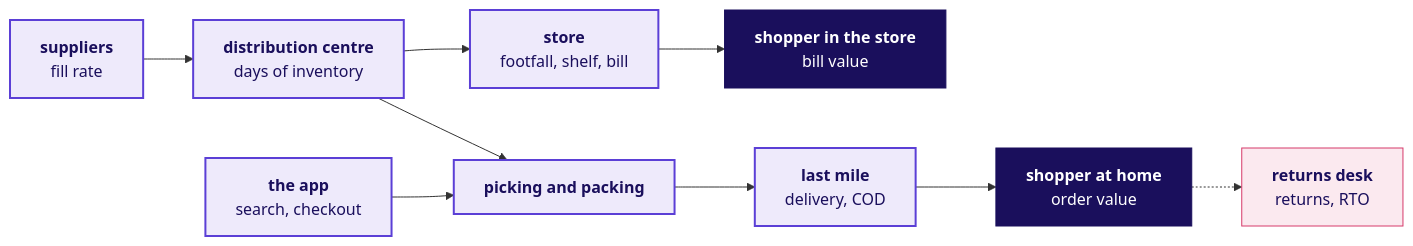
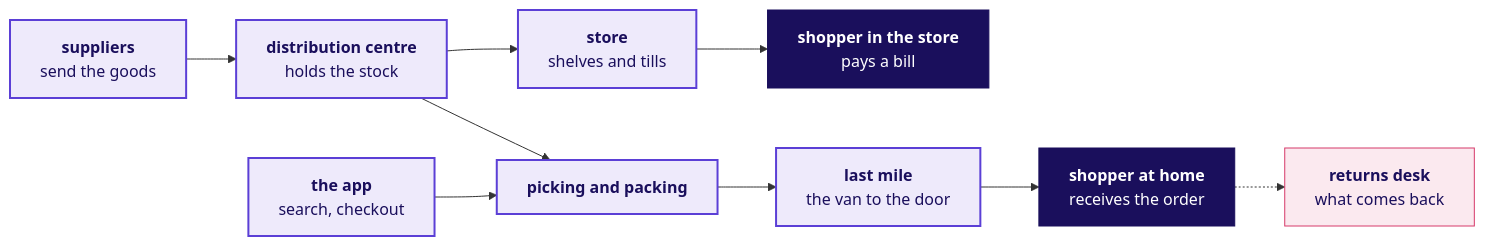
The first of 6 diagrams in content/W01/D1/study-notes/C2_W01_D01_domain_retail_STUDENT.md (fde-academy-lab/c2-content-factory), drawn with Mermaid before and after one commit. The commit also changed other lines of this file, not shown here.

````diff
--- a/content/W01/D1/study-notes/C2_W01_D01_domain_retail_STUDENT.md
+++ b/content/W01/D1/study-notes/C2_W01_D01_domain_retail_STUDENT.md
@@ -17,17 +17,17 @@
 ```mermaid
 flowchart LR
-    SUP["<b>suppliers</b><br/>fill rate"] --> DC["<b>distribution centre</b><br/>days of inventory"]
-    DC --> ST["<b>store</b><br/>footfall, shelf, bill"]
-    ST --> SH1["<b>shopper in the store</b><br/>bill value"]
+    SUP["<b>suppliers</b><br/>send the goods"] --> DC["<b>distribution centre</b><br/>holds the stock"]
+    DC --> ST["<b>store</b><br/>shelves and tills"]
+    ST --> SH1["<b>shopper in the store</b><br/>pays a bill"]
     DC --> PK["<b>picking and packing</b>"]
     APP["<b>the app</b><br/>search, checkout"] --> PK
-    PK --> LM["<b>last mile</b><br/>delivery, COD"]
-    LM --> SH2["<b>shopper at home</b><br/>order value"]
-    SH2 -.-> RD["<b>returns desk</b><br/>returns, RTO"]
+    PK --> LM["<b>last mile</b><br/>the van to the door"]
+    LM --> SH2["<b>shopper at home</b><br/>receives the order"]
+    SH2 -.-> RD["<b>returns desk</b><br/>what comes back"]
     classDef known fill:#EEEAFB,stroke:#5B3FD6,color:#1A0F5C,stroke-width:2px
     classDef bad fill:#FBE9EF,stroke:#D63A6A,color:#1A0F5C
     classDef dark fill:#1A0F5C,stroke:#1A0F5C,color:#FFFFFF
     class SUP,DC,ST,PK,APP,LM known
     class RD bad
     class SH1,SH2 dark
 ```
````
